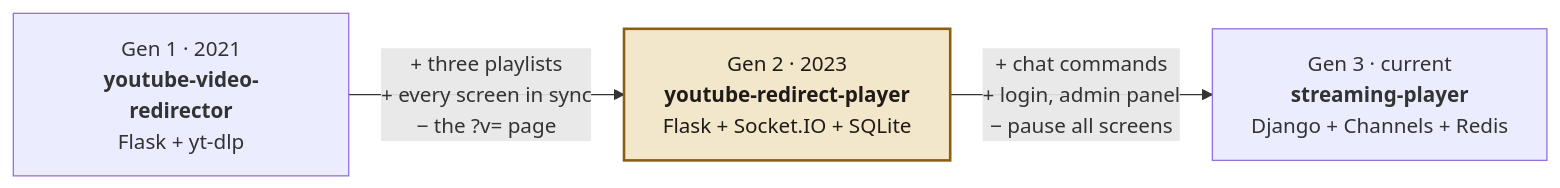
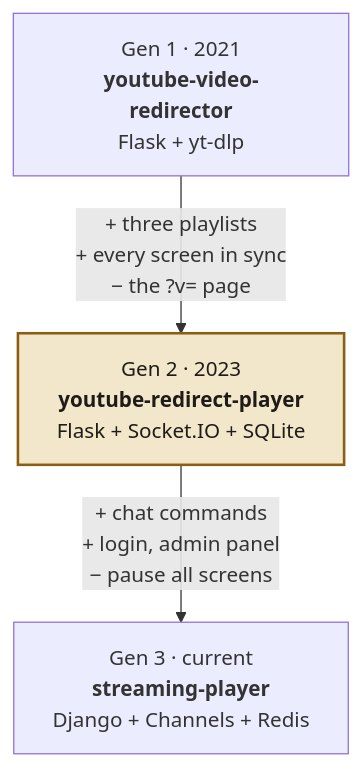
Before and after one commit to NatLee/youtube-redirect-player: the first of 2 diagrams in README.md, drawn with Mermaid.

Commit message:
docs: stack the family tree so GitHub's zoom buttons don't cover it
GitHub pins its pan and zoom buttons to the bottom right of every Mermaid
diagram, right on top of the Gen 3 box of a left-to-right tree. Top to
bottom, the tree is a narrow centered column and the buttons sit beside
it.

````diff
--- a/README.md
+++ b/README.md
@@ -31,9 +31,9 @@
 ```mermaid
-flowchart LR
+flowchart TB
     G1["Gen 1 · 2021<br/><b>youtube-video-redirector</b><br/>Flask + yt-dlp"]
     G2["Gen 2 · 2023<br/><b>youtube-redirect-player</b><br/>Flask + Socket.IO + SQLite"]
     G3["Gen 3 · current<br/><b>streaming-player</b><br/>Django + Channels + Redis"]
     G1 -- "+ three playlists<br/>+ every screen in sync<br/>− the ?v= page" --> G2
     G2 -- "+ chat commands<br/>+ login, admin panel<br/>− pause all screens" --> G3
     style G2 fill:#f2e6cb,stroke:#8a5f12,stroke-width:2px,color:#1f1c17
 ```
````
